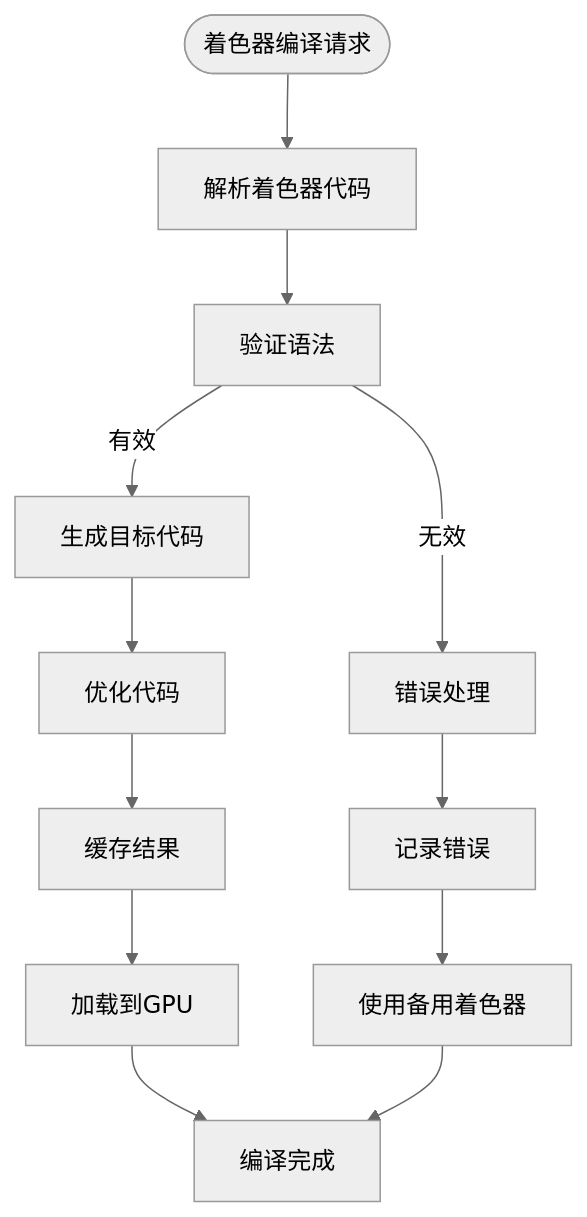
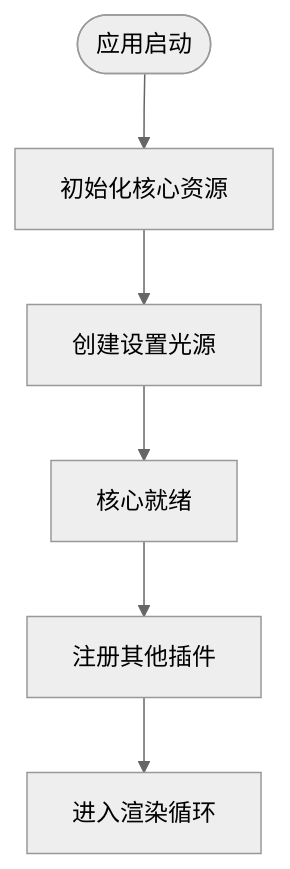
Before and after one commit to rzhangjing/cesium: the third of 4 diagrams in .qoder/repowiki/zh/content/项目概述/核心特性/3D渲染引擎/Bevy渲染适配器.md, drawn with Mermaid (neutral theme). The commit also changed other lines of this file and 57 other files, not shown here.

````diff
--- a/.qoder/repowiki/zh/content/项目概述/核心特性/3D渲染引擎/Bevy渲染适配器.md
+++ b/.qoder/repowiki/zh/content/项目概述/核心特性/3D渲染引擎/Bevy渲染适配器.md
@@ -379,14 +174,8 @@
 ```mermaid
 flowchart TD
-Start(["着色器编译请求"]) --> ParseCode["解析着色器代码"]
-ParseCode --> ValidateSyntax["验证语法"]
-ValidateSyntax --> |有效| GenerateCode["生成目标代码"]
-ValidateSyntax --> |无效| ErrorHandle["错误处理"]
-GenerateCode --> OptimizeCode["优化代码"]
-OptimizeCode --> CacheResult["缓存结果"]
-CacheResult --> LoadIntoGPU["加载到GPU"]
-LoadIntoGPU --> Ready["编译完成"]
-ErrorHandle --> LogError["记录错误"]
-LogError --> Fallback["使用备用着色器"]
-Fallback --> Ready
+Start(["应用启动"]) --> InitCore["初始化核心资源"]
+InitCore --> CreateLight["创建设置光源"]
+CreateLight --> Ready["核心就绪"]
+Ready --> RegisterPlugins["注册其他插件"]
+RegisterPlugins --> FrameLoop["进入渲染循环"]
 ```
````
